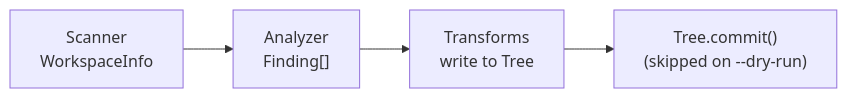
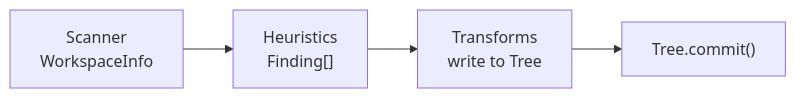
One commit to testmex/testmex changed the first of 3 diagrams in design-docs/001-vitestify.md. Above: the diagram before and after it, drawn with Mermaid. The commit also changed other lines of this file, not shown here.

First line of the commit message:
docs: 📝 rename Pipeline to Vitestify and simplify architecture

````diff
--- a/design-docs/001-vitestify.md
+++ b/design-docs/001-vitestify.md
@@ -58,9 +56,9 @@
 ```mermaid
 flowchart LR
     Scan["Scanner<br>WorkspaceInfo"]
-    Find["Analyzer<br>Finding[]"]
+    Find["Heuristics<br>Finding[]"]
     Change["Transforms<br>write to Tree"]
-    Commit["Tree.commit()<br>(skipped on --dry-run)"]
+    Commit["Tree.commit()"]
 
     Scan --> Find --> Change --> Commit
 ```
````
